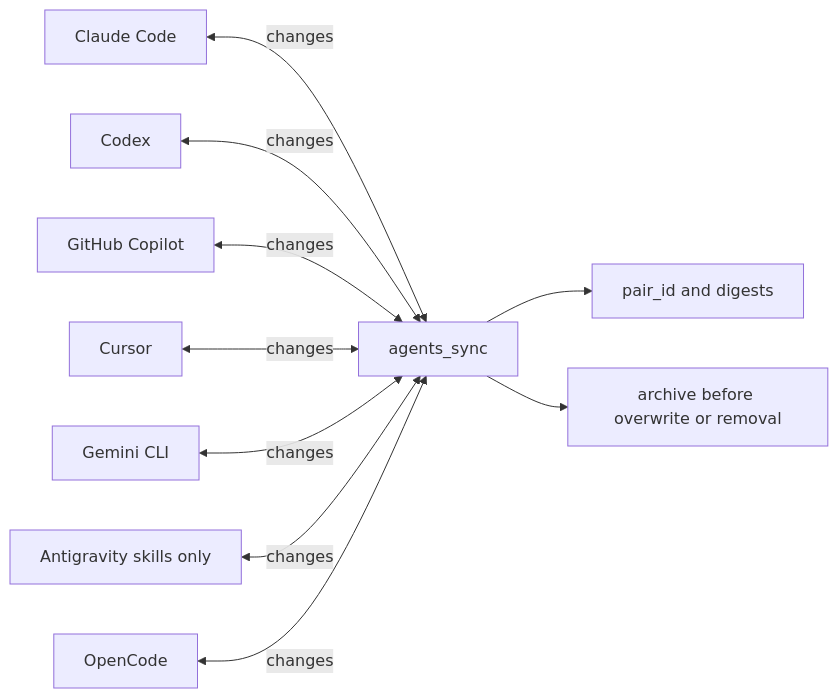
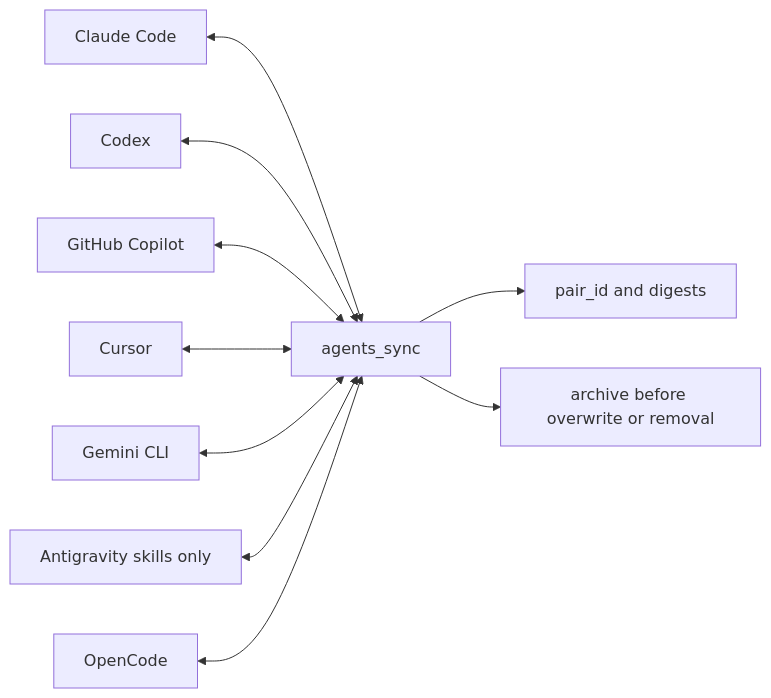
Before and after one commit to cognitivesand/agents_sync: the diagram in README.md, drawn with Mermaid.

Commit message:
Fix README Mermaid diagram syntax

````diff
--- a/README.md
+++ b/README.md
@@ -69,12 +69,12 @@
 ```mermaid
-flowchart LR
-    Claude[Claude Code] <-->|changes| Sync[agents_sync]
-    Codex[Codex] <-->|changes| Sync
-    Copilot[GitHub Copilot] <-->|changes| Sync
-    Cursor[Cursor] <-->|changes| Sync
-    Gemini[Gemini CLI] <-->|changes| Sync
-    Antigravity[Antigravity skills only] <-->|changes| Sync
-    OpenCode[OpenCode] <-->|changes| Sync
-    Sync --> State[pair_id and digests]
-    Sync --> Archive[archive before overwrite or removal]
+graph LR
+    CLAUDE["Claude Code"] <--> SYNC["agents_sync"]
+    CODEX["Codex"] <--> SYNC
+    COPILOT["GitHub Copilot"] <--> SYNC
+    CURSOR["Cursor"] <--> SYNC
+    GEMINI["Gemini CLI"] <--> SYNC
+    ANTIGRAVITY["Antigravity skills only"] <--> SYNC
+    OPENCODE["OpenCode"] <--> SYNC
+    SYNC --> STATE["pair_id and digests"]
+    SYNC --> ARCHIVE["archive before overwrite or removal"]
 ```
````
